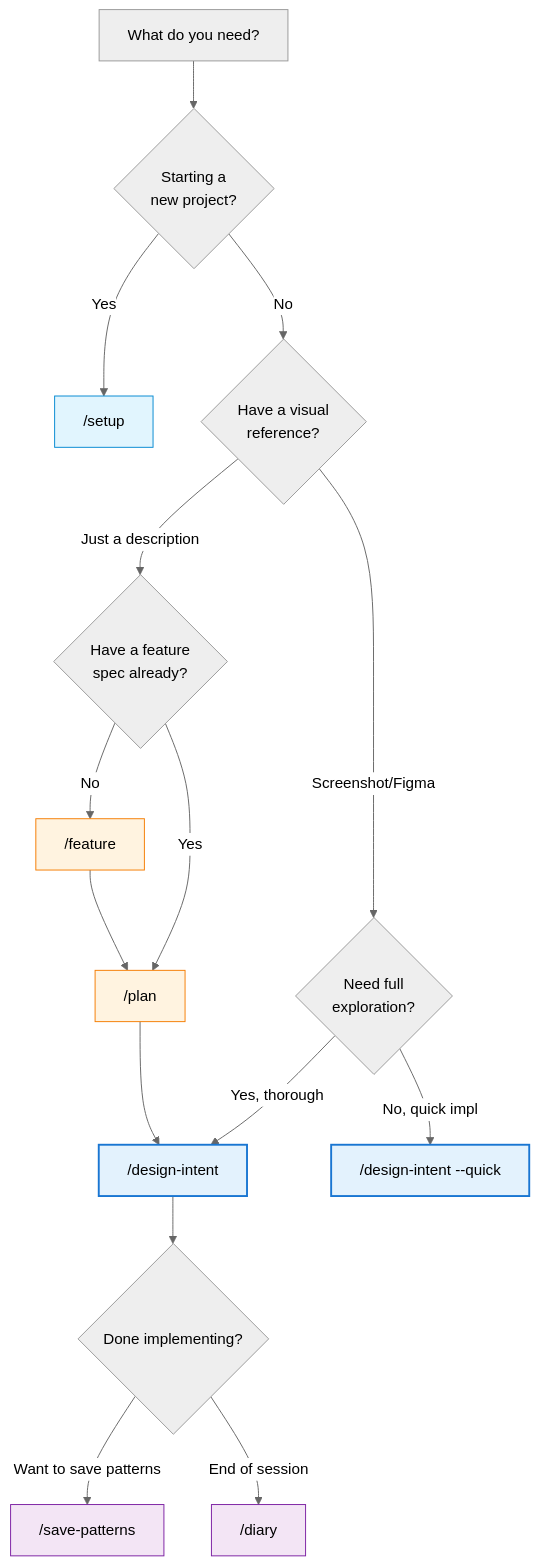
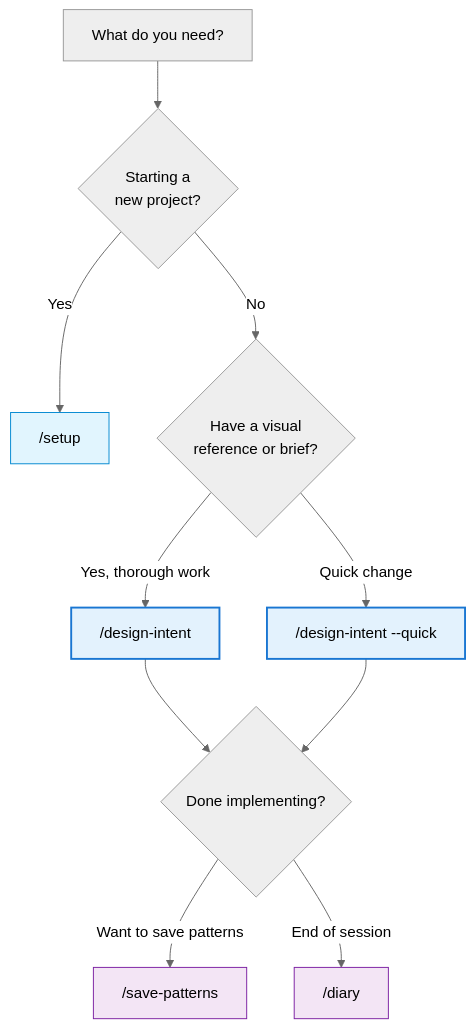
Before and after one commit to joaquimscosta/arkhe-claude-plugins: the first of 4 diagrams in plugins/design-intent/README.md, drawn with Mermaid (neutral theme). The commit also changed other lines of this file and 14 other files, not shown here.

First line of the commit message:
refactor(design-intent): remove spec system to focus on UI implementation

````diff
--- a/plugins/design-intent/README.md
+++ b/plugins/design-intent/README.md
@@ -125,36 +122,25 @@
 ```mermaid
 flowchart TD
     START["What do you need?"] --> Q1{"Starting a<br/>new project?"}
 
     Q1 -->|Yes| SETUP["/setup"]
-    Q1 -->|No| Q2{"Have a visual<br/>reference?"}
+    Q1 -->|No| Q2{"Have a visual<br/>reference or brief?"}
 
-    Q2 -->|"Screenshot/Figma"| Q3{"Need full<br/>exploration?"}
-    Q2 -->|"Just a description"| Q4{"Have a feature<br/>spec already?"}
+    Q2 -->|"Yes, thorough work"| DESIGN_INTENT["/design-intent"]
+    Q2 -->|"Quick change"| DESIGN_INTENT_QUICK["/design-intent --quick"]
 
-    Q3 -->|"Yes, thorough"| DESIGN_INTENT["/design-intent"]
-    Q3 -->|"No, quick impl"| DESIGN_INTENT_QUICK["/design-intent --quick"]
-
-    Q4 -->|No| FEATURE["/feature"]
-    Q4 -->|Yes| PLAN["/plan"]
-
-    PLAN --> DESIGN_INTENT
-    FEATURE --> PLAN
-
-    DESIGN_INTENT --> Q5{"Done implementing?"}
-    Q5 -->|"Want to save patterns"| SAVE["/save-patterns"]
-    Q5 -->|"End of session"| DIARY["/diary"]
+    DESIGN_INTENT --> Q3{"Done implementing?"}
+    DESIGN_INTENT_QUICK --> Q3
+    Q3 -->|"Want to save patterns"| SAVE["/save-patterns"]
+    Q3 -->|"End of session"| DIARY["/diary"]
 
     SETUP:::init
-    FEATURE:::spec
-    PLAN:::spec
     DESIGN_INTENT:::main
     DESIGN_INTENT_QUICK:::main
     SAVE:::capture
     DIARY:::capture
 
     classDef init fill:#e1f5fe,stroke:#0288d1
-    classDef spec fill:#fff3e0,stroke:#f57c00
     classDef main fill:#e3f2fd,stroke:#1976d2,stroke-width:2px
     classDef capture fill:#f3e5f5,stroke:#7b1fa2
 ```
````
